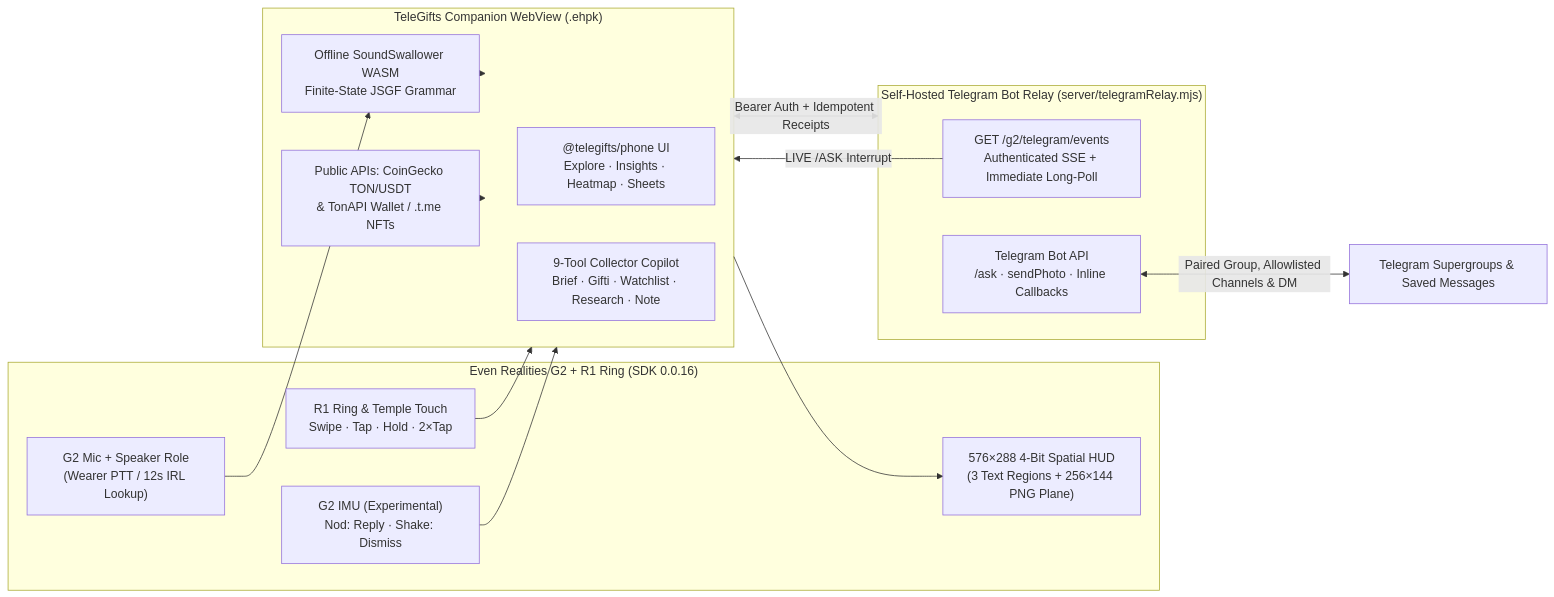
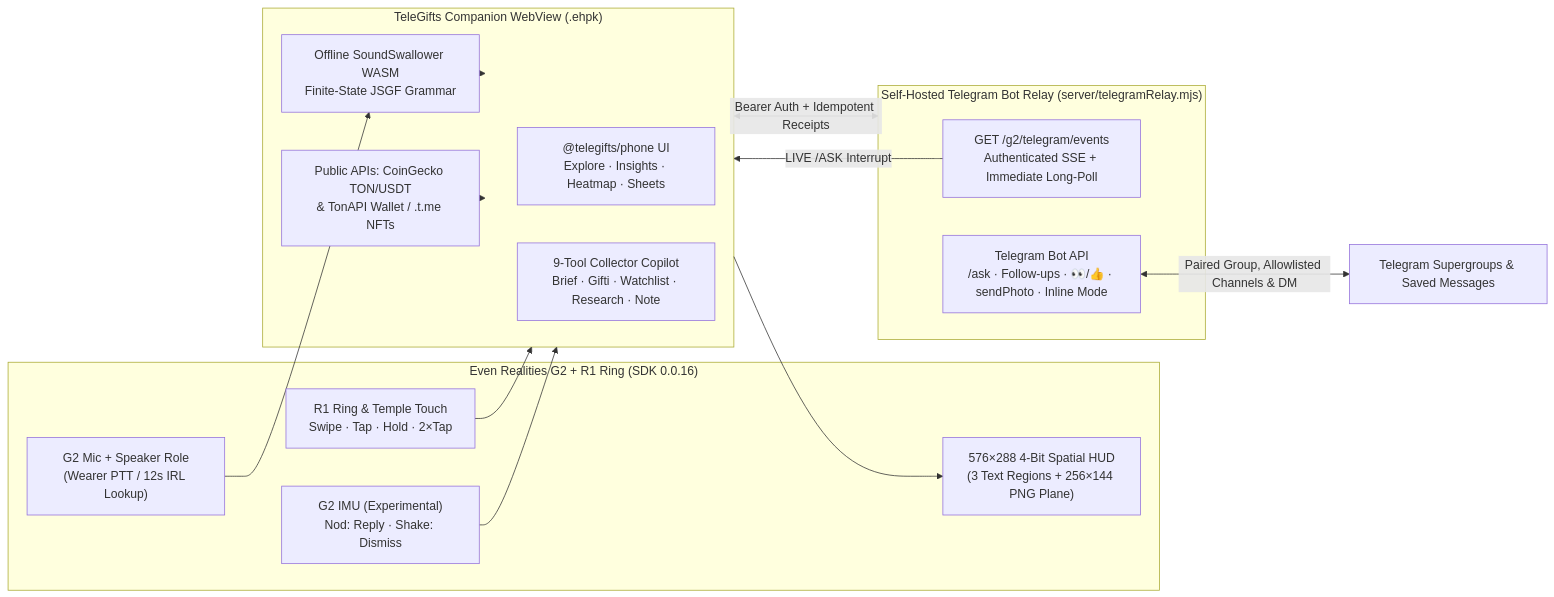
One commit to kingkej/telegifts-g2-sample changed the diagram in SUBMISSION.md. Above: the diagram before and after it, drawn with Mermaid. The commit also changed other lines of this file and 21 other files, not shown here.

Commit message:
feat: add answer-first triage, Telegram live loop, dictation composer, inline mode, and relay persistence

````diff
--- a/SUBMISSION.md
+++ b/SUBMISSION.md
@@ -28,30 +28,30 @@
 ```mermaid
 flowchart LR
   subgraph Glasses["Even Realities G2 + R1 Ring (SDK 0.0.16)"]
     HUD["576×288 4-Bit Spatial HUD\n(3 Text Regions + 256×144 PNG Plane)"]
     MIC["G2 Mic + Speaker Role\n(Wearer PTT / 12s IRL Lookup)"]
     IMU["G2 IMU (Experimental)\nNod: Reply · Shake: Dismiss"]
     RING["R1 Ring & Temple Touch\nSwipe · Tap · Hold · 2×Tap"]
   end
 
   subgraph Companion["TeleGifts Companion WebView (.ehpk)"]
     UI["@telegifts/phone UI\nExplore · Insights · Heatmap · Sheets"]
     COPILOT["9-Tool Collector Copilot\nBrief · Gifti · Watchlist · Research · Note"]
     ASR["Offline SoundSwallower WASM\nFinite-State JSGF Grammar"]
     PUBLIC["Public APIs: CoinGecko TON/USDT\n& TonAPI Wallet / .t.me NFTs"]
   end
 
   subgraph Relay["Self-Hosted Telegram Bot Relay (server/telegramRelay.mjs)"]
     SSE["GET /g2/telegram/events\nAuthenticated SSE + Immediate Long-Poll"]
-    BOT["Telegram Bot API\n/ask · sendPhoto · Inline Callbacks"]
+    BOT["Telegram Bot API\n/ask · Follow-ups · 👀/👍 · sendPhoto · Inline Mode"]
   end
 
   RING --> Companion
   MIC --> ASR --> Companion
   IMU --> Companion
   Companion --> HUD
   PUBLIC --> Companion
   Companion <-->|"Bearer Auth + Idempotent Receipts"| Relay
   SSE -->|"LIVE /ASK Interrupt"| Companion
   BOT <-->|"Paired Group, Allowlisted Channels & DM"| TG["Telegram Supergroups & Saved Messages"]
 ```
````
